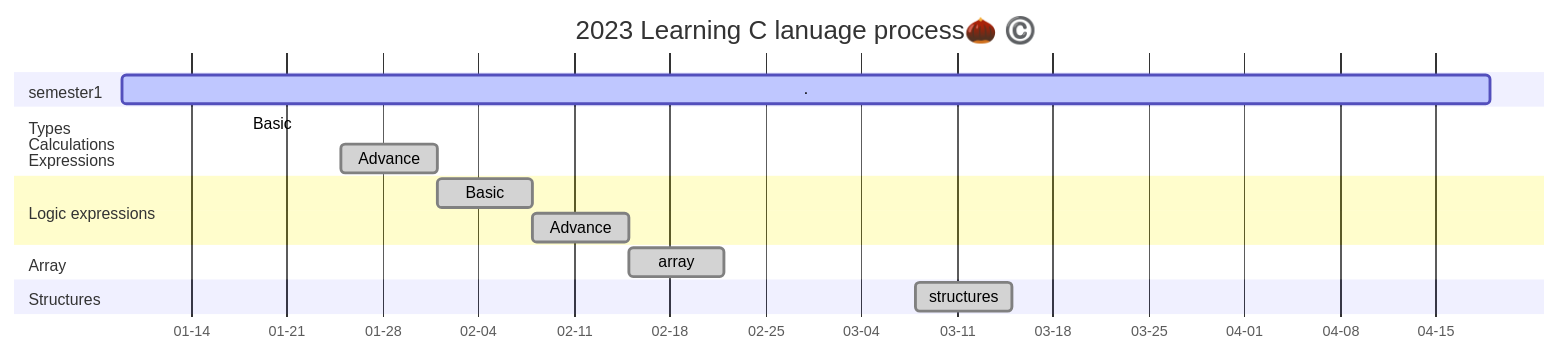
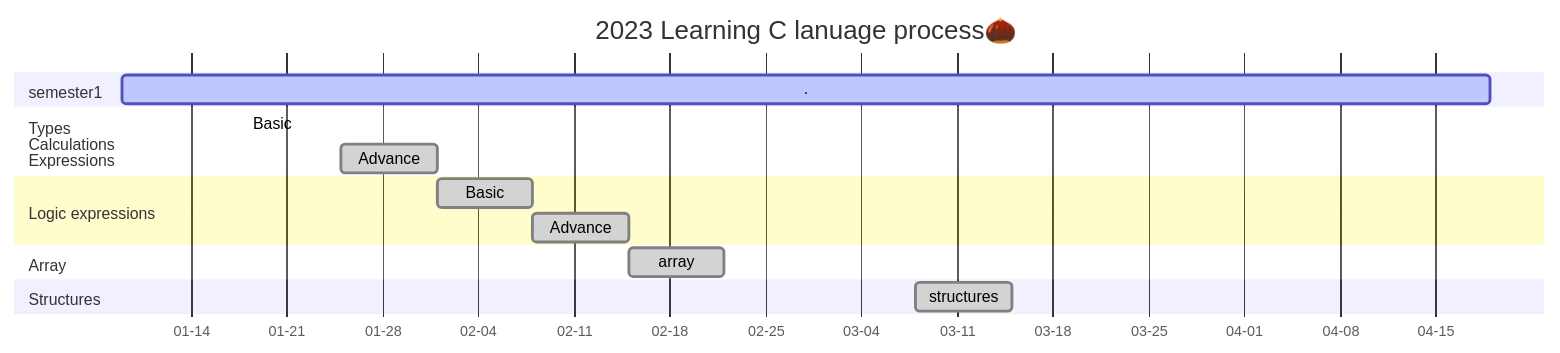
The diagram in README.md (AimeeWen1992/Learning-C), drawn with Mermaid before and after one commit. The commit also changed other lines of this file, not shown here.

````diff
--- a/README.md
+++ b/README.md
@@ -15,24 +15,24 @@
 ```mermaid
 gantt
-title 2023 Learning C lanuage process🌰 ©️
+title 2023 Learning C lanuage process🌰 
 dateFormat YYYY-MM-DD
 axisFormat %m-%d
 section semester1
         .            :active,01-09,100d
 section Types<br />Calculations<br />Expressions
         Basic   :done,01-18,7
         Advance :done,01-25,7d
 
 section Logic expressions
         Basic   :done,des1,02-01,7d
         Advance :done,des2,after des1,7d
 
 section Array
         array :done,02-15,7d
 
 section Structures
         structures :done,03-08,7d
 
 section Fountion
 
 ```
````
